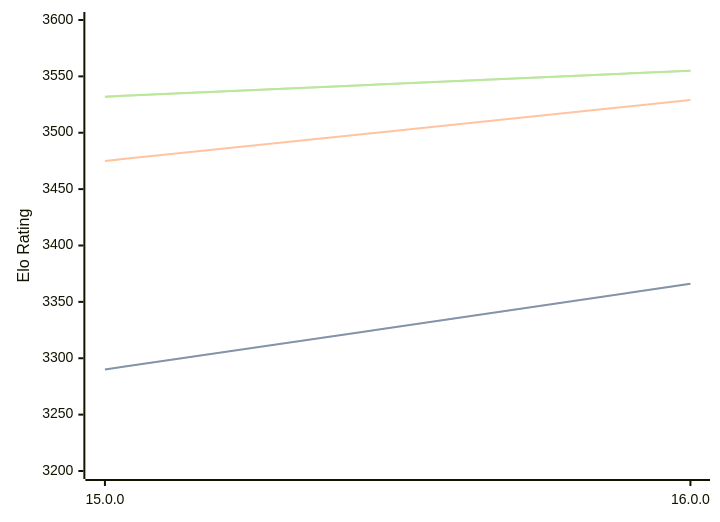
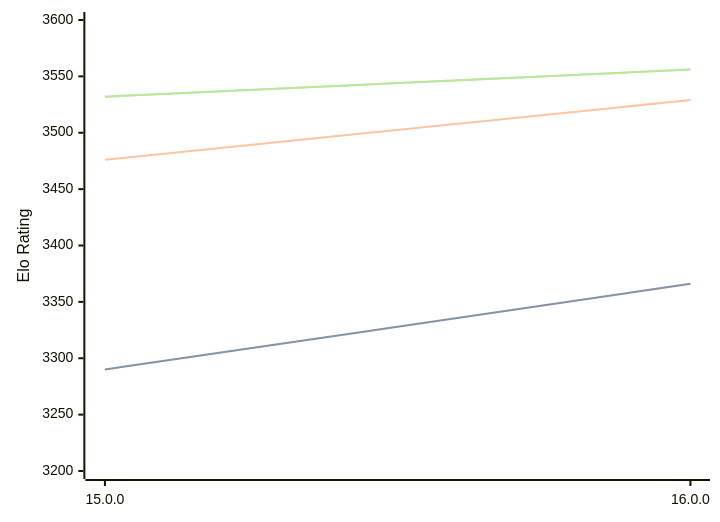
The diagram in engines/Halogen.md (computer-chess-index/cci), drawn with Mermaid before and after one commit. The commit also changed other lines of this file, not shown here.

Commit message:
Update CCI Ratings (ELO VLTC) - 2026-09-10

````diff
--- a/engines/Halogen.md
+++ b/engines/Halogen.md
@@ -32,11 +32,11 @@
 ```mermaid
 %%{init: {"theme":"base","themeVariables":{"seriesColors:['#a3a3a3','#222221','#faa371']}}}%%
 xychart-beta
   x-axis ["15.0.0", "16.0.0"]
   y-axis "Elo Rating" 3200 --> 3600
   line "" [3290, 3366]
   line "STC (8.0+0.08s)" [3290, 3366]
-  line "LTC (60.0+0.60s)" [3475, 3529]
-  line "" [3532, 3555]
-  line "VLTC (2m24s+1.12s)" [3532, 3555]
+  line "LTC (60.0+0.60s)" [3476, 3529]
+  line "" [3532, 3556]
+  line "VLTC (2m24s+1.12s)" [3532, 3556]
 ```
````
